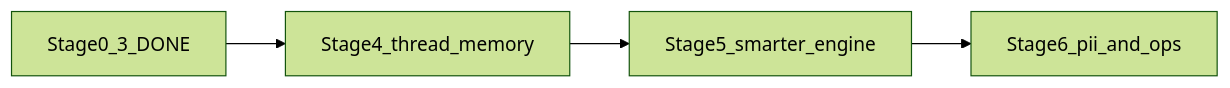
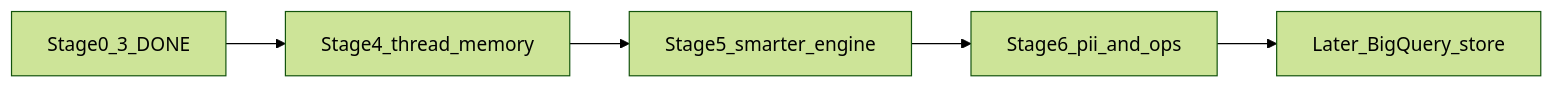
One commit to angelaphps/data-request-agent changed the first of 2 diagrams in PLAN.md. Above: the diagram before and after it, drawn with Mermaid (forest theme). The commit also changed other lines of this file and 10 other files, not shown here.

First line of the commit message:
Keep PII off analysis engines and align docs for BigQuery post-MVP.

````diff
--- a/PLAN.md
+++ b/PLAN.md
@@ -51,8 +62,9 @@
 ```mermaid
 flowchart LR
   s0[Stage0_3_DONE]
   s4[Stage4_thread_memory]
   s5[Stage5_smarter_engine]
   s6[Stage6_pii_and_ops]
-  s0 --> s4 --> s5 --> s6
+  s7[Later_BigQuery_store]
+  s0 --> s4 --> s5 --> s6 --> s7
 ```
````
